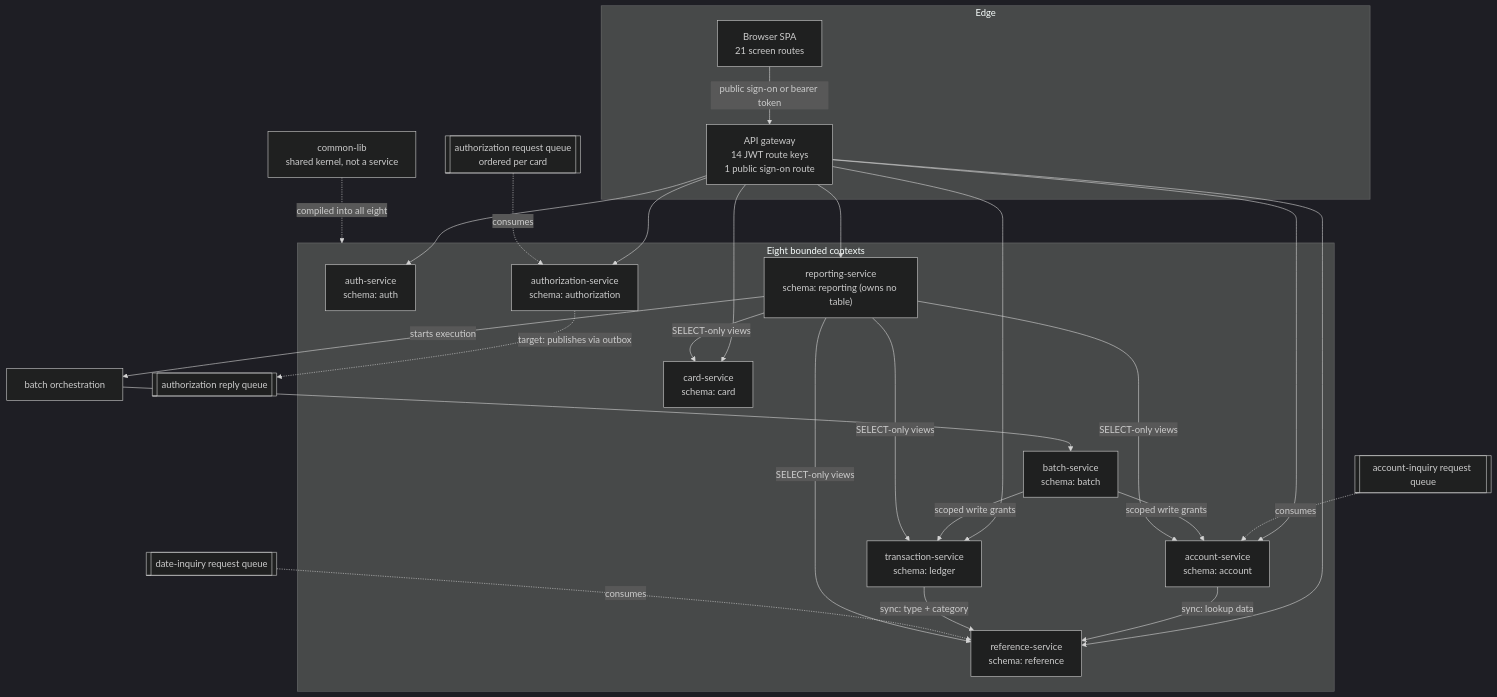
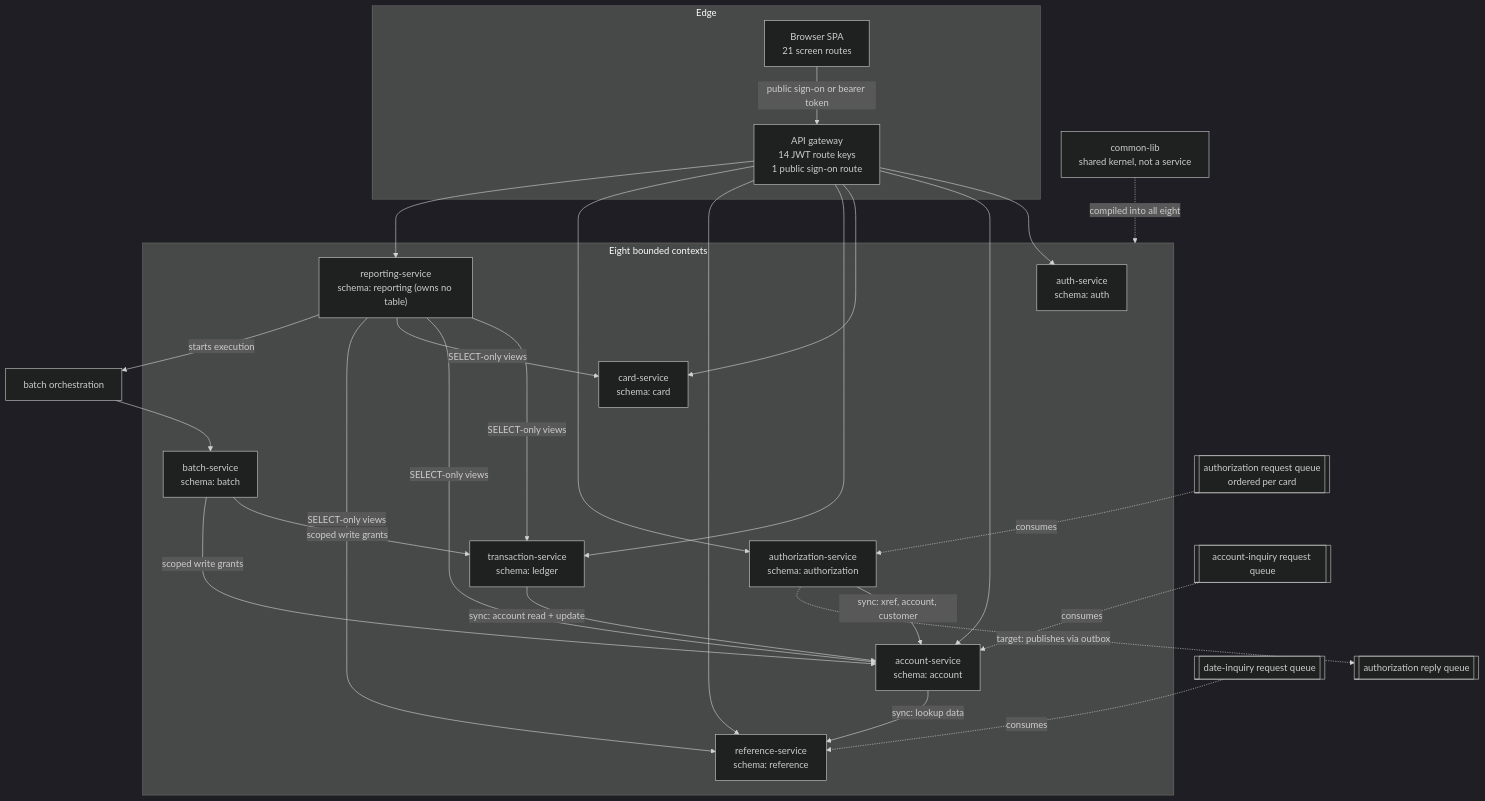
One commit to Blitzy-LocalStack/aws-mainframe-modernization-carddemo changed the diagram in docs/architecture/service-catalog.md. Above: the diagram before and after it, drawn with Mermaid (dark theme). The commit also changed other lines of this file and 533 other files, not shown here.

````diff
--- a/docs/architecture/service-catalog.md
+++ b/docs/architecture/service-catalog.md
@@ -1035,54 +1180,62 @@
 ```mermaid
 graph TB
     subgraph edge["Edge"]
         SPA["Browser SPA<br/>21 screen routes"]
         GW["API gateway<br/>14 JWT route keys<br/>1 public sign-on route"]
         SPA -->|"public sign-on or bearer token"| GW
     end
 
     subgraph contexts["Eight bounded contexts"]
         AUTH["auth-service<br/>schema: auth"]
         ACCT["account-service<br/>schema: account"]
         CARD["card-service<br/>schema: card"]
         TRAN["transaction-service<br/>schema: ledger"]
         REF["reference-service<br/>schema: reference"]
         BATCH["batch-service<br/>schema: batch"]
         AUTZ["authorization-service<br/>schema: authorization"]
         REPT["reporting-service<br/>schema: reporting (owns no table)"]
     end
 
     LIB["common-lib<br/>shared kernel, not a service"]
 
     GW --> AUTH
     GW --> ACCT
     GW --> CARD
     GW --> TRAN
     GW --> REF
     GW --> AUTZ
     GW --> REPT
 
     ACCT -->|"sync: lookup data"| REF
-    TRAN -->|"sync: type + category"| REF
+    TRAN -->|"sync: account read + update"| ACCT
+    AUTZ -->|"sync: xref, account, customer"| ACCT
 
     RQ[["authorization request queue<br/>ordered per card"]] -.->|consumes| AUTZ
     AUTZ -.->|"target: publishes via outbox"| RP[["authorization reply queue"]]
     AIQ[["account-inquiry request queue"]] -.->|consumes| ACCT
     DIQ[["date-inquiry request queue"]] -.->|consumes| REF
 
     ORCH["batch orchestration"] --> BATCH
     BATCH -->|"scoped write grants"| TRAN
     BATCH -->|"scoped write grants"| ACCT
     REPT -->|"SELECT-only views"| TRAN
     REPT -->|"SELECT-only views"| ACCT
     REPT -->|"SELECT-only views"| CARD
     REPT -->|"SELECT-only views"| REF
     REPT -->|"starts execution"| ORCH
 
     LIB -.->|"compiled into all eight"| contexts
 %% Solid edges are synchronous or transactional; dashed edges are asynchronous or
-%% build-time relationships. The two BATCH edges are the single documented exception to
+%% build-time relationships. The three labelled sync edges are the three delivered
+%% service-to-service hops and no others exist: they correspond one-for-one to
+%% RestReferenceAddressLookup and the two RestAccountContextClient classes named in
+%% the Synchronous section above. An earlier revision of this diagram drew TRAN to REF
+%% and omitted AUTZ to ACCT, having been written from that section's leading sentence
+%% rather than from the clients; both are corrected here and the labels now name the
+%% reads each client performs so an edge cannot be re-drawn from a summary again.
+%% The two BATCH edges are the single documented exception to
 %% database-per-service ownership, and they are write grants on two named schemas
 %% rather than service-to-service calls. The four REPT edges are the four SELECT-only
 %% grants in data-migration/sql/V0__schemas_and_roles.sql section 5 -- ledger,
 %% account, card and reference -- and no other schema is reachable from REPT.
 ```
````
